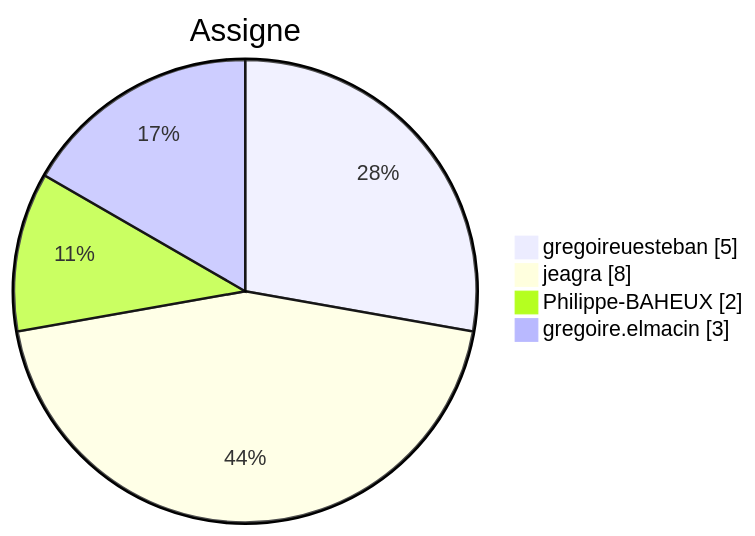
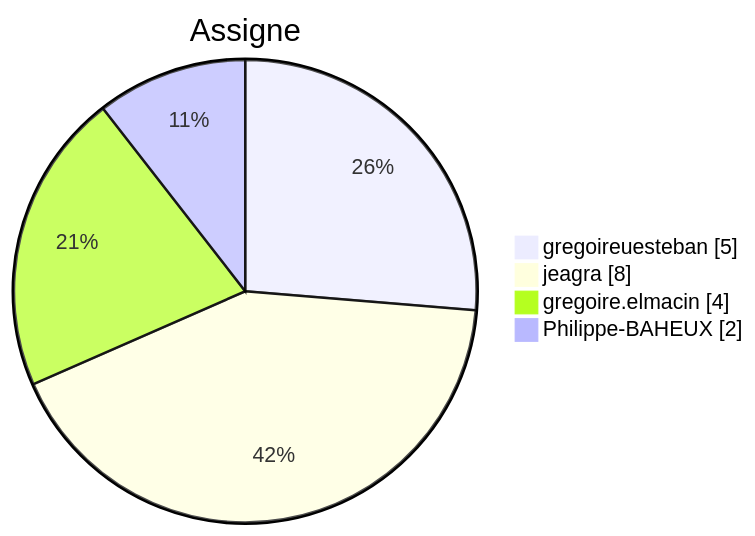
One commit to Gooseppr/GevOps_LC changed the sixth of 7 diagrams in modules/M45_projet-board-J05.md. Above: the diagram before and after it, drawn with Mermaid. The commit also changed other lines of this file and 4 other files, not shown here.

````diff
--- a/modules/M45_projet-board-J05.md
+++ b/modules/M45_projet-board-J05.md
@@ -101,8 +101,8 @@
 ```mermaid
 pie showData
     title Assigne
     "gregoireuesteban" : 5
     "jeagra" : 8
+    "gregoire.elmacin" : 4
     "Philippe-BAHEUX" : 2
-    "gregoire.elmacin" : 3
 ```
````
